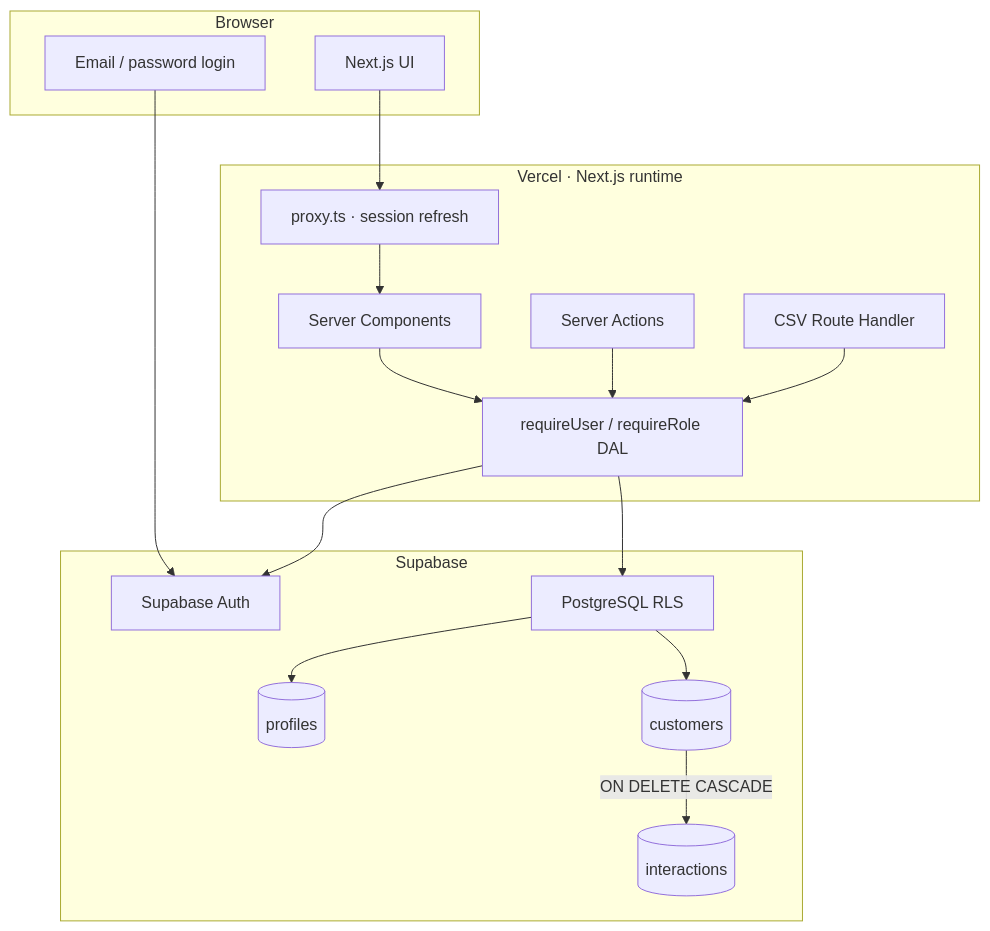
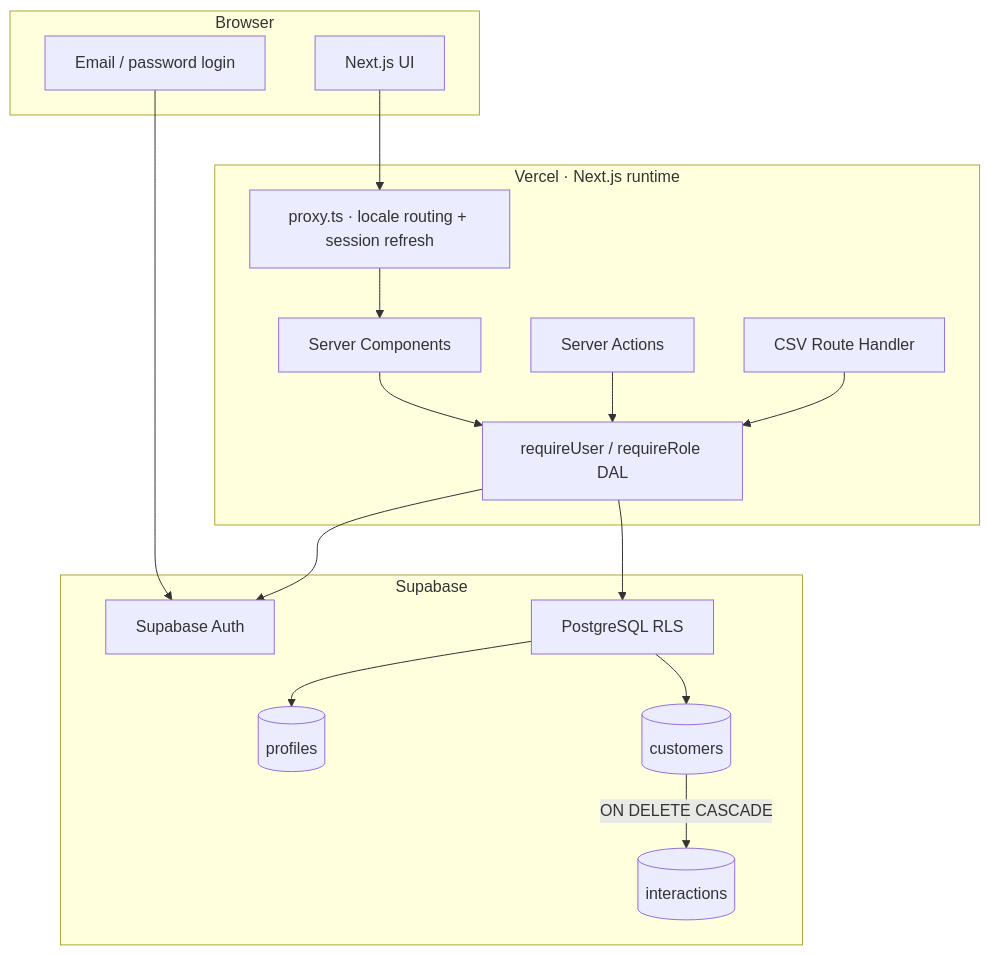
One commit to rhdqngo/clientops-crm changed the first of 2 diagrams in docs/architecture.md. Above: the diagram before and after it, drawn with Mermaid. The commit also changed other lines of this file and 54 other files, not shown here.

````diff
--- a/docs/architecture.md
+++ b/docs/architecture.md
@@ -5,35 +5,35 @@
 ```mermaid
 flowchart TB
   subgraph Browser
     UI["Next.js UI"]
     Login["Email / password login"]
   end
 
   subgraph Vercel["Vercel · Next.js runtime"]
-    Proxy["proxy.ts · session refresh"]
+    Proxy["proxy.ts · locale routing + session refresh"]
     Pages["Server Components"]
     Actions["Server Actions"]
     CSV["CSV Route Handler"]
     DAL["requireUser / requireRole DAL"]
   end
 
   subgraph Supabase
     Auth["Supabase Auth"]
     RLS["PostgreSQL RLS"]
     Profiles[(profiles)]
     Customers[(customers)]
     Interactions[(interactions)]
   end
 
   Login --> Auth
   UI --> Proxy
   Proxy --> Pages
   Pages --> DAL
   Actions --> DAL
   CSV --> DAL
   DAL --> Auth
   DAL --> RLS
   RLS --> Profiles
   RLS --> Customers
   Customers -->|"ON DELETE CASCADE"| Interactions
 ```
````
